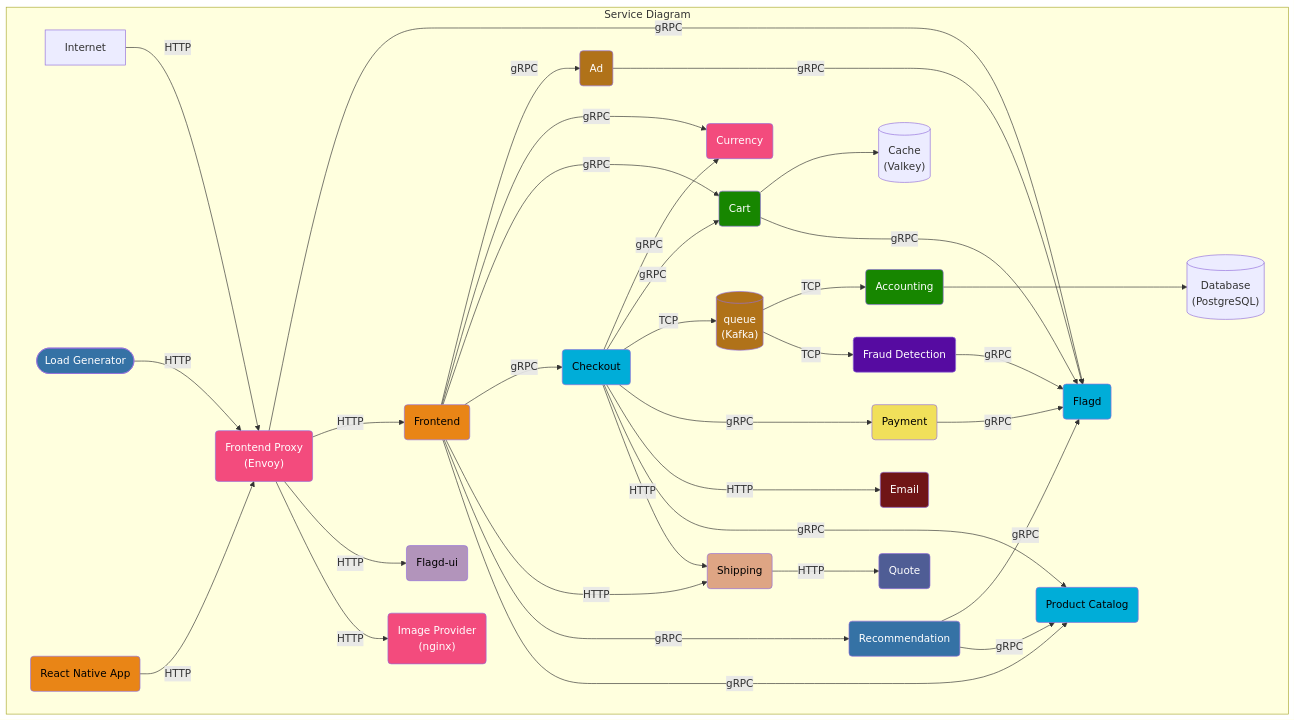
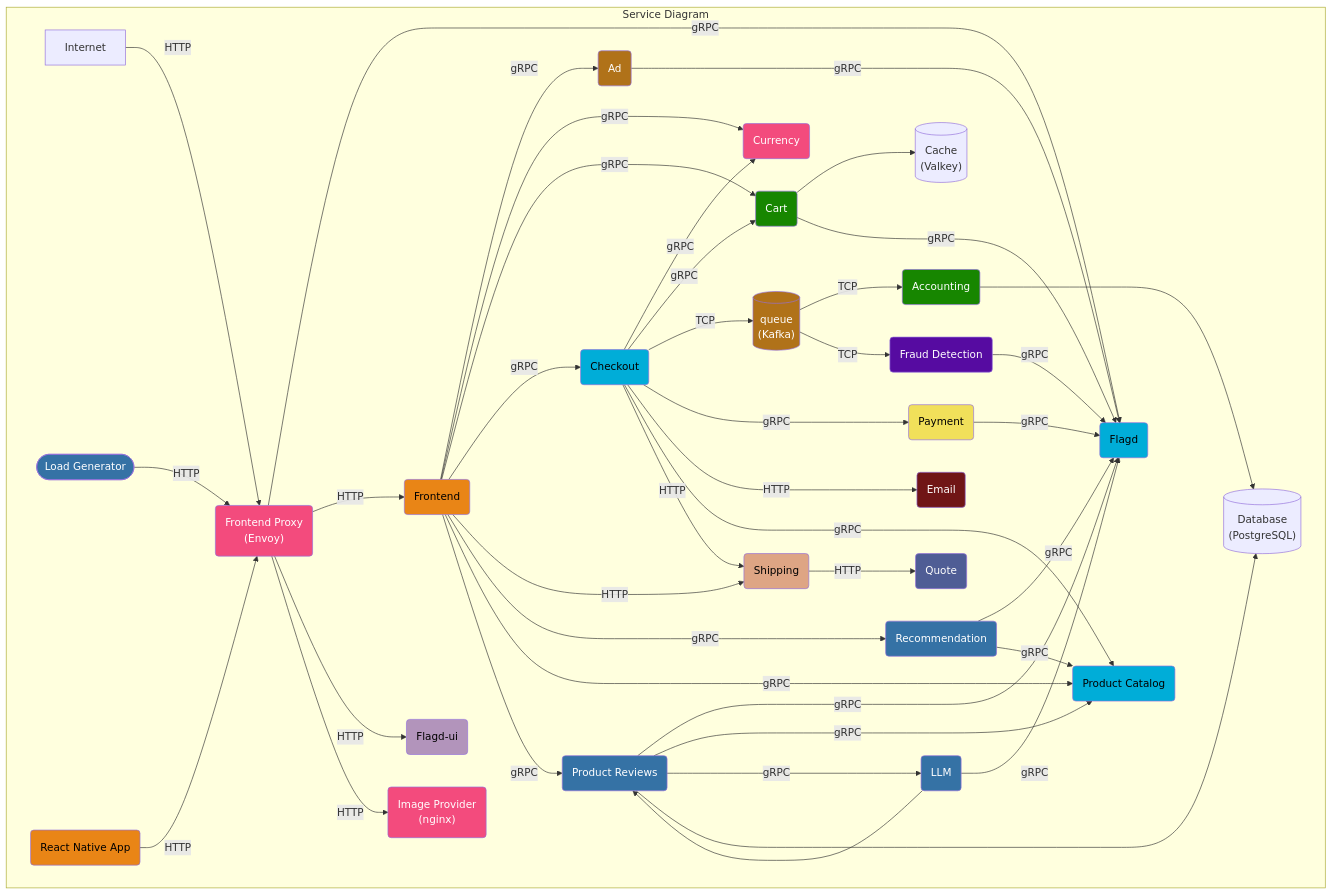
One commit to open-telemetry/opentelemetry.io changed the first of 3 diagrams in content/en/docs/demo/architecture.md. Above: the diagram before and after it, drawn with Mermaid. The commit also changed 10 other files, not shown here.

Commit message:
Updated the demo docs to include the new product reviews service (#8352)

```diff
--- a/content/en/docs/demo/architecture.md
+++ b/content/en/docs/demo/architecture.md
@@ -25,9 +25,11 @@
 frontend(Frontend):::typescript
 frontend-proxy(Frontend Proxy <br/>&#40Envoy&#41):::cpp
 image-provider(Image Provider <br/>&#40nginx&#41):::cpp
+llm(LLM):::python
 load-generator([Load Generator]):::python
 payment(Payment):::javascript
 product-catalog(Product Catalog):::golang
+product-reviews(Product Reviews):::python
 quote(Quote):::php
 recommendation(Recommendation):::python
 shipping(Shipping):::rust
@@ -60,13 +62,22 @@
 frontend -->|HTTP| shipping
 frontend ---->|gRPC| recommendation
 frontend -->|gRPC| product-catalog
+frontend -->|gRPC| product-reviews
 
 frontend-proxy -->|gRPC| flagd
 frontend-proxy -->|HTTP| frontend
 frontend-proxy -->|HTTP| flagd-ui
 frontend-proxy -->|HTTP| image-provider
 
+llm -->|gRPC| flagd
+llm ---> product-reviews
+
 payment -->|gRPC| flagd
+
+product-reviews -->|gRPC| flagd
+product-reviews -->|gRPC| product-catalog
+product-reviews -->|gRPC| llm
+product-reviews ---> postgresql
 
 queue -->|TCP| accounting
 queue -->|TCP| fraud-detection
```
